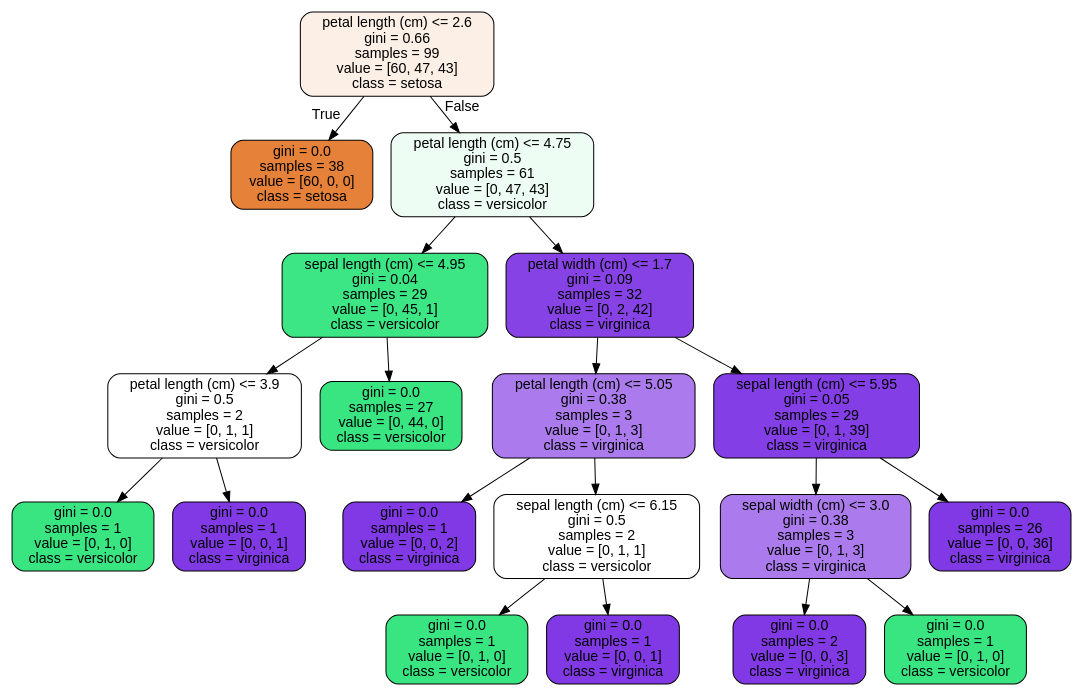
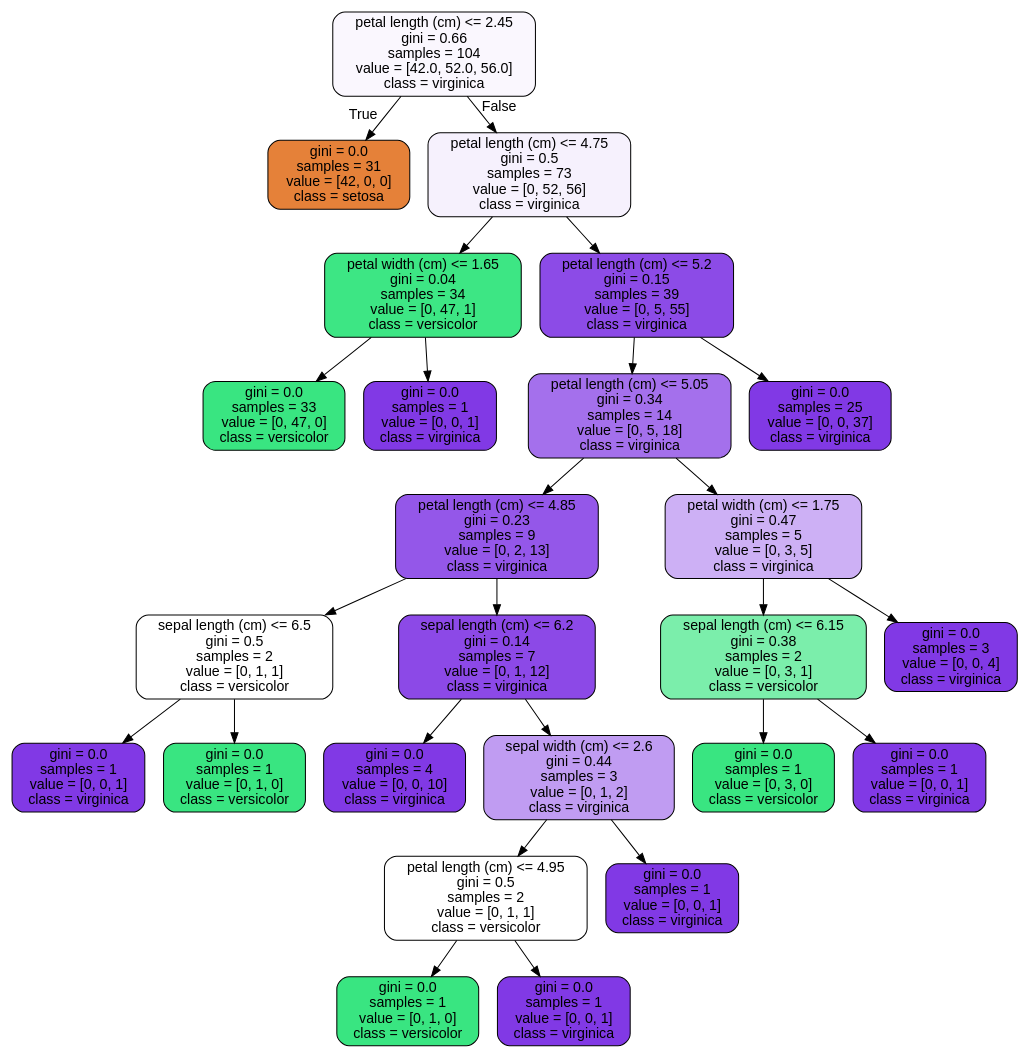
One commit to ErockMahan1/SpringBoardProjects changed the diagram in 25.4 - Ensemble Methods/tree.dot. Above: the diagram before and after it, drawn with Graphviz. The commit also changed 3 other files, not shown here.

```diff
--- a/25.4 - Ensemble Methods/tree.dot
+++ b/25.4 - Ensemble Methods/tree.dot
@@ -1,41 +1,53 @@
 digraph Tree {
 node [shape=box, style="filled, rounded", color="black", fontname="helvetica"] ;
 edge [fontname="helvetica"] ;
-0 [label="petal length (cm) <= 2.6\ngini = 0.66\nsamples = 99\nvalue = [60, 47, 43]\nclass = setosa", fillcolor="#fcefe6"] ;
-1 [label="gini = 0.0\nsamples = 38\nvalue = [60, 0, 0]\nclass = setosa", fillcolor="#e58139"] ;
+0 [label="petal length (cm) <= 2.45\ngini = 0.66\nsamples = 104\nvalue = [42.0, 52.0, 56.0]\nclass = virginica", fillcolor="#faf7fe"] ;
+1 [label="gini = 0.0\nsamples = 31\nvalue = [42, 0, 0]\nclass = setosa", fillcolor="#e58139"] ;
 0 -> 1 [labeldistance=2.5, labelangle=45, headlabel="True"] ;
-2 [label="petal length (cm) <= 4.75\ngini = 0.5\nsamples = 61\nvalue = [0, 47, 43]\nclass = versicolor", fillcolor="#eefdf4"] ;
+2 [label="petal length (cm) <= 4.75\ngini = 0.5\nsamples = 73\nvalue = [0, 52, 56]\nclass = virginica", fillcolor="#f6f1fd"] ;
 0 -> 2 [labeldistance=2.5, labelangle=-45, headlabel="False"] ;
-3 [label="sepal length (cm) <= 4.95\ngini = 0.04\nsamples = 29\nvalue = [0, 45, 1]\nclass = versicolor", fillcolor="#3de684"] ;
+3 [label="petal width (cm) <= 1.65\ngini = 0.04\nsamples = 34\nvalue = [0, 47, 1]\nclass = versicolor", fillcolor="#3de684"] ;
 2 -> 3 ;
-4 [label="petal length (cm) <= 3.9\ngini = 0.5\nsamples = 2\nvalue = [0, 1, 1]\nclass = versicolor", fillcolor="#ffffff"] ;
+4 [label="gini = 0.0\nsamples = 33\nvalue = [0, 47, 0]\nclass = versicolor", fillcolor="#39e581"] ;
 3 -> 4 ;
-5 [label="gini = 0.0\nsamples = 1\nvalue = [0, 1, 0]\nclass = versicolor", fillcolor="#39e581"] ;
-4 -> 5 ;
-6 [label="gini = 0.0\nsamples = 1\nvalue = [0, 0, 1]\nclass = virginica", fillcolor="#8139e5"] ;
-4 -> 6 ;
-7 [label="gini = 0.0\nsamples = 27\nvalue = [0, 44, 0]\nclass = versicolor", fillcolor="#39e581"] ;
-3 -> 7 ;
-8 [label="petal width (cm) <= 1.7\ngini = 0.09\nsamples = 32\nvalue = [0, 2, 42]\nclass = virginica", fillcolor="#8742e6"] ;
-2 -> 8 ;
-9 [label="petal length (cm) <= 5.05\ngini = 0.38\nsamples = 3\nvalue = [0, 1, 3]\nclass = virginica", fillcolor="#ab7bee"] ;
+5 [label="gini = 0.0\nsamples = 1\nvalue = [0, 0, 1]\nclass = virginica", fillcolor="#8139e5"] ;
+3 -> 5 ;
+6 [label="petal length (cm) <= 5.2\ngini = 0.15\nsamples = 39\nvalue = [0, 5, 55]\nclass = virginica", fillcolor="#8c4be7"] ;
+2 -> 6 ;
+7 [label="petal length (cm) <= 5.05\ngini = 0.34\nsamples = 14\nvalue = [0, 5, 18]\nclass = virginica", fillcolor="#a470ec"] ;
+6 -> 7 ;
+8 [label="petal length (cm) <= 4.85\ngini = 0.23\nsamples = 9\nvalue = [0, 2, 13]\nclass = virginica", fillcolor="#9457e9"] ;
+7 -> 8 ;
+9 [label="sepal length (cm) <= 6.5\ngini = 0.5\nsamples = 2\nvalue = [0, 1, 1]\nclass = versicolor", fillcolor="#ffffff"] ;
 8 -> 9 ;
-10 [label="gini = 0.0\nsamples = 1\nvalue = [0, 0, 2]\nclass = virginica", fillcolor="#8139e5"] ;
+10 [label="gini = 0.0\nsamples = 1\nvalue = [0, 0, 1]\nclass = virginica", fillcolor="#8139e5"] ;
 9 -> 10 ;
-11 [label="sepal length (cm) <= 6.15\ngini = 0.5\nsamples = 2\nvalue = [0, 1, 1]\nclass = versicolor", fillcolor="#ffffff"] ;
+11 [label="gini = 0.0\nsamples = 1\nvalue = [0, 1, 0]\nclass = versicolor", fillcolor="#39e581"] ;
 9 -> 11 ;
-12 [label="gini = 0.0\nsamples = 1\nvalue = [0, 1, 0]\nclass = versicolor", fillcolor="#39e581"] ;
-11 -> 12 ;
-13 [label="gini = 0.0\nsamples = 1\nvalue = [0, 0, 1]\nclass = virginica", fillcolor="#8139e5"] ;
-11 -> 13 ;
-14 [label="sepal length (cm) <= 5.95\ngini = 0.05\nsamples = 29\nvalue = [0, 1, 39]\nclass = virginica", fillcolor="#843ee6"] ;
-8 -> 14 ;
-15 [label="sepal width (cm) <= 3.0\ngini = 0.38\nsamples = 3\nvalue = [0, 1, 3]\nclass = virginica", fillcolor="#ab7bee"] ;
+12 [label="sepal length (cm) <= 6.2\ngini = 0.14\nsamples = 7\nvalue = [0, 1, 12]\nclass = virginica", fillcolor="#8c49e7"] ;
+8 -> 12 ;
+13 [label="gini = 0.0\nsamples = 4\nvalue = [0, 0, 10]\nclass = virginica", fillcolor="#8139e5"] ;
+12 -> 13 ;
+14 [label="sepal width (cm) <= 2.6\ngini = 0.44\nsamples = 3\nvalue = [0, 1, 2]\nclass = virginica", fillcolor="#c09cf2"] ;
+12 -> 14 ;
+15 [label="petal length (cm) <= 4.95\ngini = 0.5\nsamples = 2\nvalue = [0, 1, 1]\nclass = versicolor", fillcolor="#ffffff"] ;
 14 -> 15 ;
-16 [label="gini = 0.0\nsamples = 2\nvalue = [0, 0, 3]\nclass = virginica", fillcolor="#8139e5"] ;
+16 [label="gini = 0.0\nsamples = 1\nvalue = [0, 1, 0]\nclass = versicolor", fillcolor="#39e581"] ;
 15 -> 16 ;
-17 [label="gini = 0.0\nsamples = 1\nvalue = [0, 1, 0]\nclass = versicolor", fillcolor="#39e581"] ;
+17 [label="gini = 0.0\nsamples = 1\nvalue = [0, 0, 1]\nclass = virginica", fillcolor="#8139e5"] ;
 15 -> 17 ;
-18 [label="gini = 0.0\nsamples = 26\nvalue = [0, 0, 36]\nclass = virginica", fillcolor="#8139e5"] ;
+18 [label="gini = 0.0\nsamples = 1\nvalue = [0, 0, 1]\nclass = virginica", fillcolor="#8139e5"] ;
 14 -> 18 ;
+19 [label="petal width (cm) <= 1.75\ngini = 0.47\nsamples = 5\nvalue = [0, 3, 5]\nclass = virginica", fillcolor="#cdb0f5"] ;
+7 -> 19 ;
+20 [label="sepal length (cm) <= 6.15\ngini = 0.38\nsamples = 2\nvalue = [0, 3, 1]\nclass = versicolor", fillcolor="#7beeab"] ;
+19 -> 20 ;
+21 [label="gini = 0.0\nsamples = 1\nvalue = [0, 3, 0]\nclass = versicolor", fillcolor="#39e581"] ;
+20 -> 21 ;
+22 [label="gini = 0.0\nsamples = 1\nvalue = [0, 0, 1]\nclass = virginica", fillcolor="#8139e5"] ;
+20 -> 22 ;
+23 [label="gini = 0.0\nsamples = 3\nvalue = [0, 0, 4]\nclass = virginica", fillcolor="#8139e5"] ;
+19 -> 23 ;
+24 [label="gini = 0.0\nsamples = 25\nvalue = [0, 0, 37]\nclass = virginica", fillcolor="#8139e5"] ;
+6 -> 24 ;
 }
```
